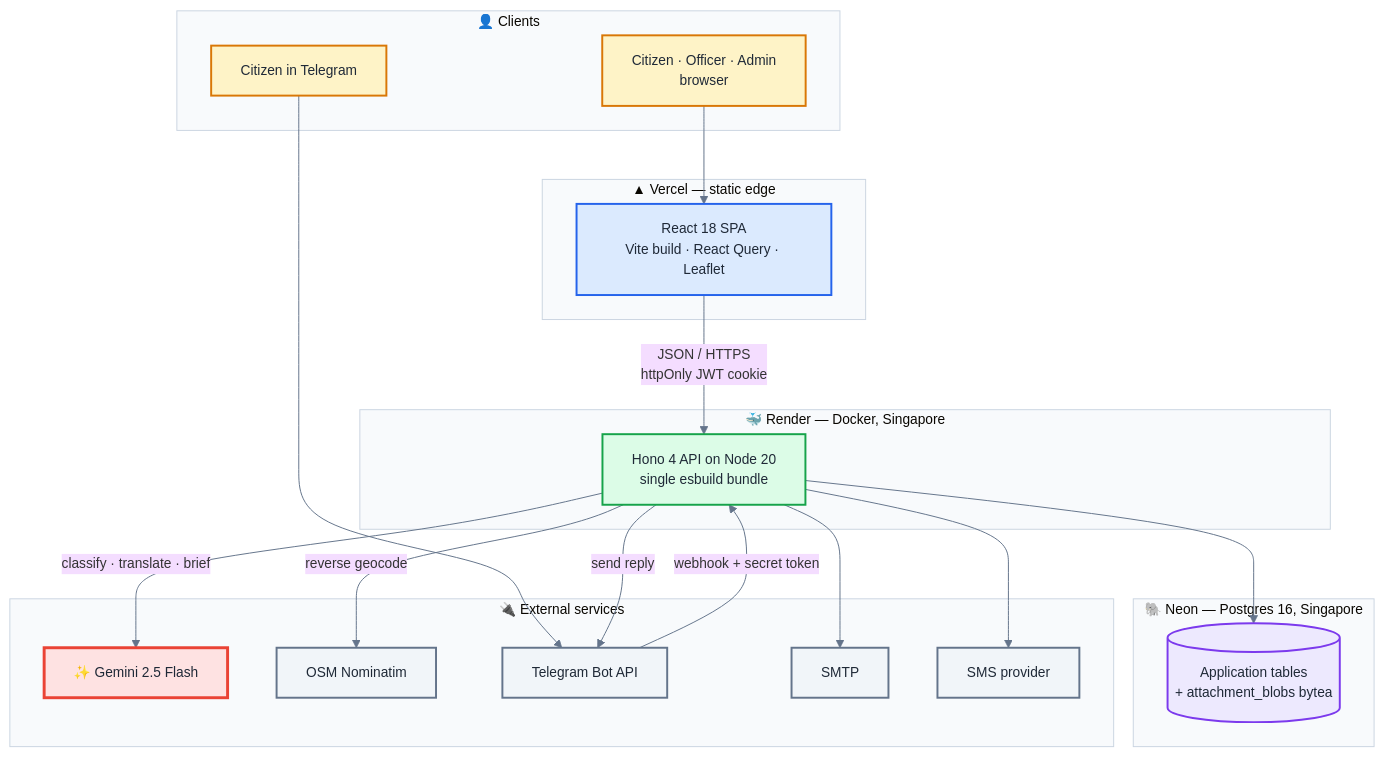
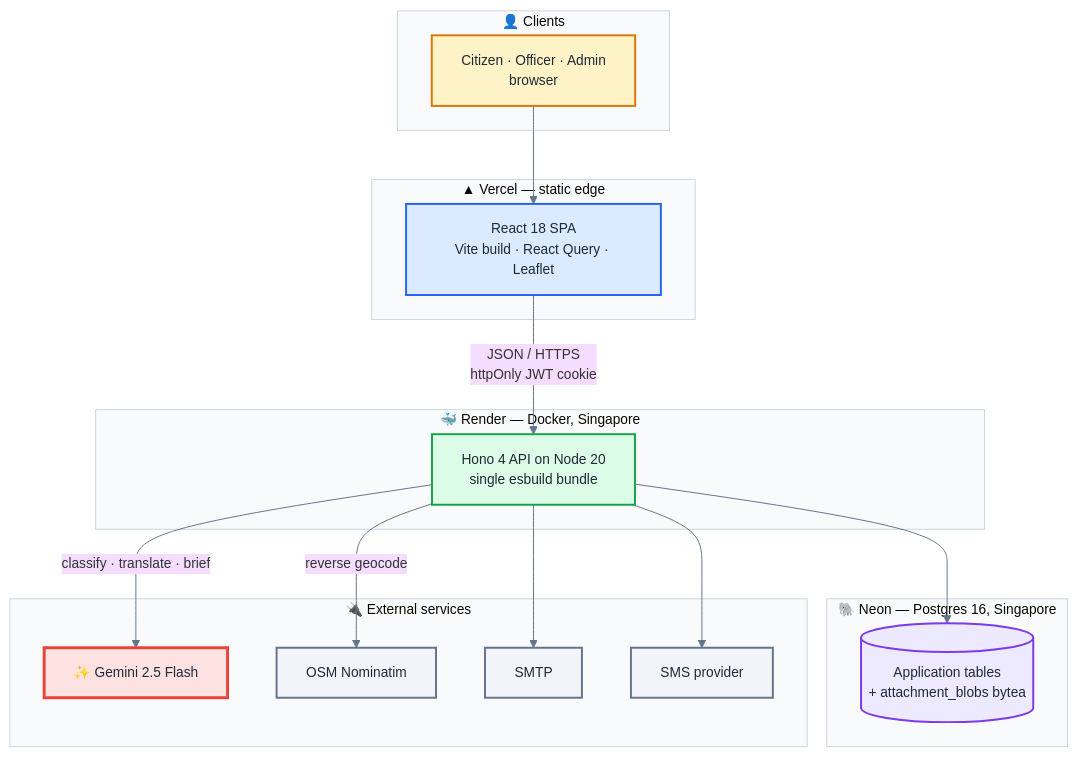
One commit to khushboocodes/Nivaran changed the first of 7 diagrams in README.md. Above: the diagram before and after it, drawn with Mermaid. The commit also changed other lines of this file, not shown here.

Commit message:
docs(readme): remove messaging bot intake mentions

````diff
--- a/README.md
+++ b/README.md
@@ -345,53 +343,48 @@
 ```mermaid
 %%{init: {'theme':'base','themeVariables':{'fontSize':'14px','lineColor':'#64748b','clusterBkg':'#f8fafc','clusterBorder':'#cbd5e1'}}}%%
 graph TB
     subgraph clients["👤 Clients"]
         BROWSER["Citizen · Officer · Admin<br/>browser"]
-        TG["Citizen in Telegram"]
     end
 
     subgraph vercel["▲ Vercel — static edge"]
         SPA["React 18 SPA<br/>Vite build · React Query · Leaflet"]
     end
 
     subgraph render["🐳 Render — Docker, Singapore"]
         API["Hono 4 API on Node 20<br/>single esbuild bundle"]
     end
 
     subgraph neon["🐘 Neon — Postgres 16, Singapore"]
         PG[("Application tables<br/>+ attachment_blobs bytea")]
     end
 
     subgraph ext["🔌 External services"]
         GEM["✨ Gemini 2.5 Flash"]
         NOM["OSM Nominatim"]
-        TGAPI["Telegram Bot API"]
         MAIL["SMTP"]
         SMSP["SMS provider"]
     end
 
     BROWSER --> SPA
     SPA -->|"JSON / HTTPS<br/>httpOnly JWT cookie"| API
-    TG --> TGAPI
-    TGAPI -->|"webhook + secret token"| API
     API --> PG
     API -->|"classify · translate · brief"| GEM
     API -->|"reverse geocode"| NOM
-    API -->|"send reply"| TGAPI
     API --> MAIL
     API --> SMSP
 
     classDef actor fill:#fef3c7,stroke:#d97706,stroke-width:2px,color:#1f2937
     classDef web fill:#dbeafe,stroke:#2563eb,stroke-width:2px,color:#1f2937
     classDef api fill:#dcfce7,stroke:#16a34a,stroke-width:2px,color:#1f2937
     classDef store fill:#ede9fe,stroke:#7c3aed,stroke-width:2px,color:#1f2937
     classDef google fill:#fee2e2,stroke:#ea4335,stroke-width:3px,color:#1f2937
     classDef third fill:#f1f5f9,stroke:#64748b,stroke-width:2px,color:#1f2937
 
     class BROWSER,TG actor
     class SPA web
     class API api
     class PG store
     class GEM google
     class NOM,TGAPI,MAIL,SMSP third
 ```
````
